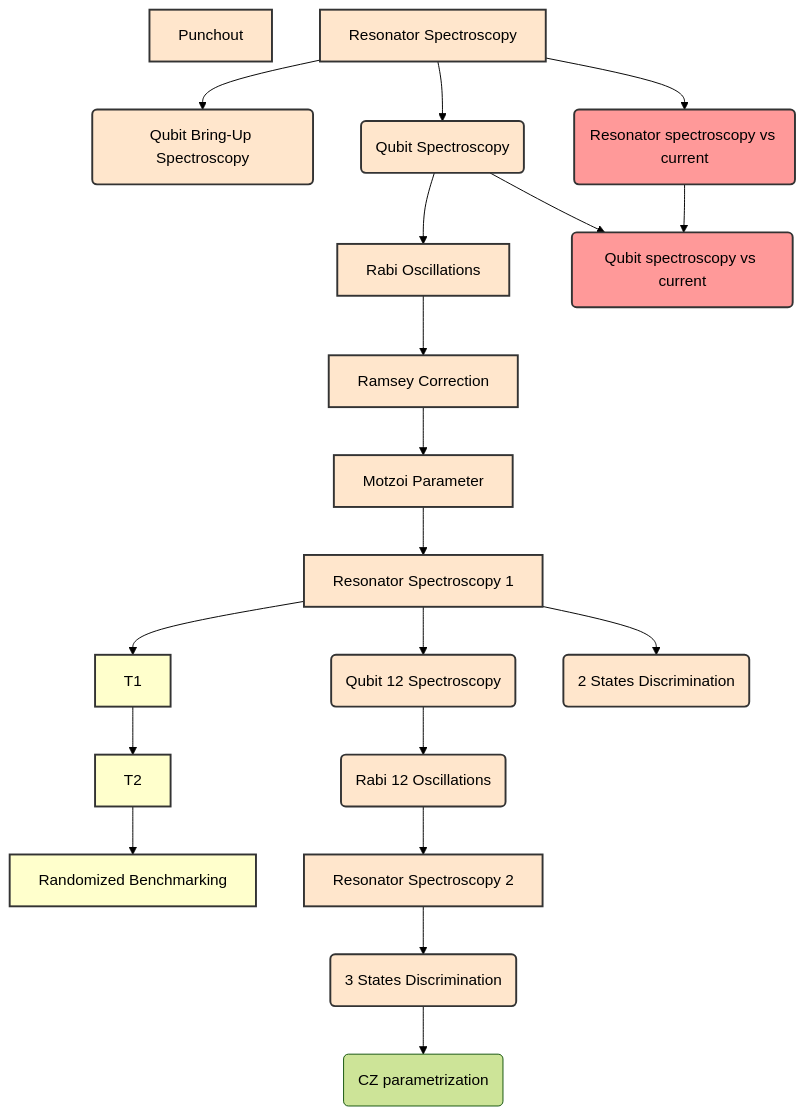
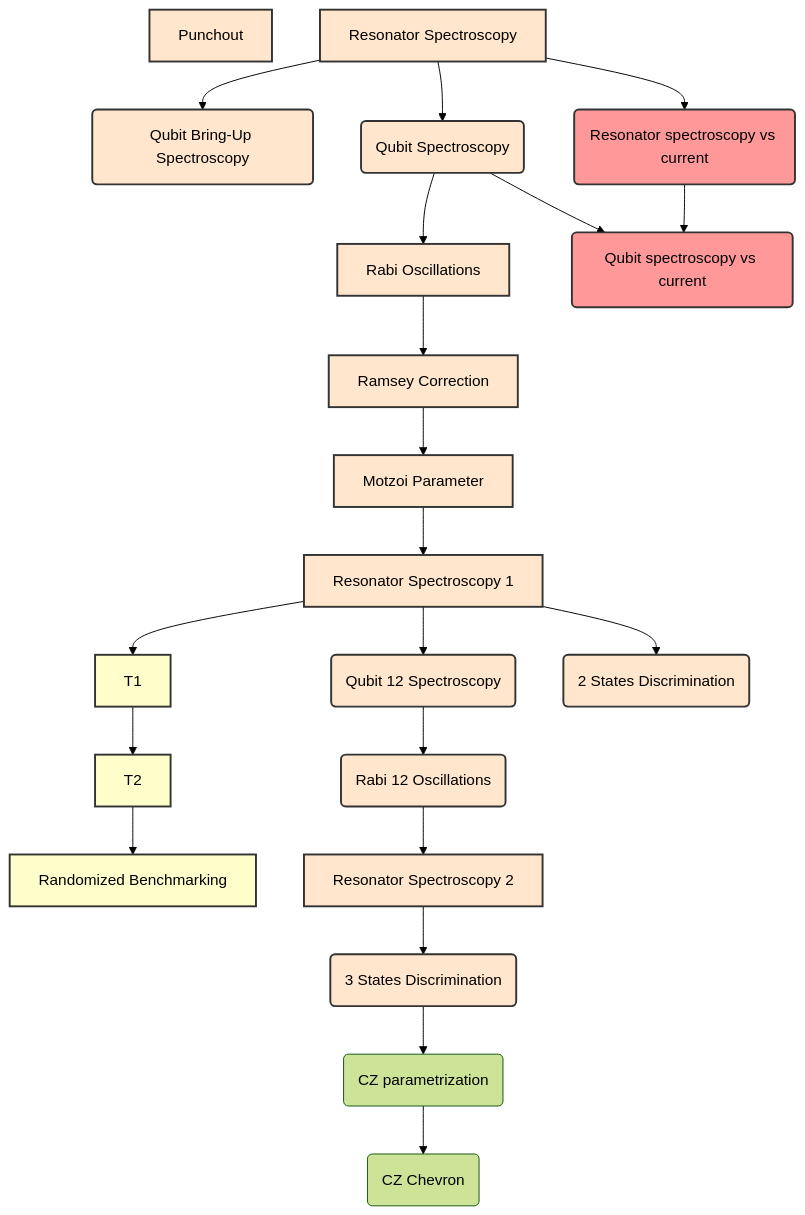
Before and after one commit to tergite/tergite-autocalibration: the diagram in docs/node-library/available_nodes.md, drawn with Mermaid (forest theme). The commit also changed other lines of this file and 3 other files, not shown here.

````diff
--- a/docs/node-library/available_nodes.md
+++ b/docs/node-library/available_nodes.md
@@ -3,48 +3,48 @@
 ``` mermaid
 graph TD
     A1[Punchout]
     A[Resonator Spectroscopy]
     A --> B1(Qubit Bring-Up Spectroscopy)
     A --> B(Qubit Spectroscopy)
     B --> C[Rabi Oscillations]
     C --> D[Ramsey Correction]
     D --> E[Motzoi Parameter]
     E --> F[Resonator Spectroscopy 1]
     F --> C1[T1] --> C2[T2] --> C3[Randomized Benchmarking]
     F --> F1(Qubit 12 Spectroscopy) --> G(Rabi 12 Oscillations) --> G1[Resonator Spectroscopy 2]
     F --> H1(2 States Discrimination)
     G1 --> H2(3 States Discrimination)
     A --> I(Resonator spectroscopy vs current)
     B --> J(Qubit spectroscopy vs current)
     I --> J
-    H2 --> K(CZ parametrization)
+    H2 --> K(CZ parametrization) --> K1(CZ Chevron)
         
     click A href "../nodes/resonator_spectroscopy_node"
     click F href "../nodes/resonator_spectroscopy_node"
     click G1 href "../nodes/resonator_spectroscopy_node"
     click A1 href "../nodes/punchout_node"
     click B href "../nodes/qubit_spectroscopy_node"
     click F1 href "../nodes/qubit_spectroscopy_node"
     click C href "../nodes/rabi_oscillations_node"
     click I href "../nodes/resonator_spectroscopy_vs_current_node"
     click J href "../nodes/qubit_spectroscopy_vs_current_node"
 
     style A fill:#ffe6cc,stroke:#333,stroke-width:2px
     style A1 fill:#ffe6cc,stroke:#333,stroke-width:2px
     style B fill:#ffe6cc,stroke:#333,stroke-width:2px
     style B1 fill:#ffe6cc,stroke:#333,stroke-width:2px
     style C fill:#ffe6cc,stroke:#333,stroke-width:2px
     style D fill:#ffe6cc,stroke:#333,stroke-width:2px
     style E fill:#ffe6cc,stroke:#333,stroke-width:2px
     style F fill:#ffe6cc,stroke:#333,stroke-width:2px
     style C1 fill:#ffffcc,stroke:#333,stroke-width:2px
     style C2 fill:#ffffcc,stroke:#333,stroke-width:2px
     style C3 fill:#ffffcc,stroke:#333,stroke-width:2px
     style F1 fill:#ffe6cc,stroke:#333,stroke-width:2px
     style G fill:#ffe6cc,stroke:#333,stroke-width:2px
     style G1 fill:#ffe6cc,stroke:#333,stroke-width:2px
     style H1 fill:#ffe6cc,stroke:#333,stroke-width:2px
     style H2 fill:#ffe6cc,stroke:#333,stroke-width:2px
     style I fill:#ff9999,stroke:#333,stroke-width:2px
     style J fill:#ff9999,stroke:#333,stroke-width:2px
 ```
````
